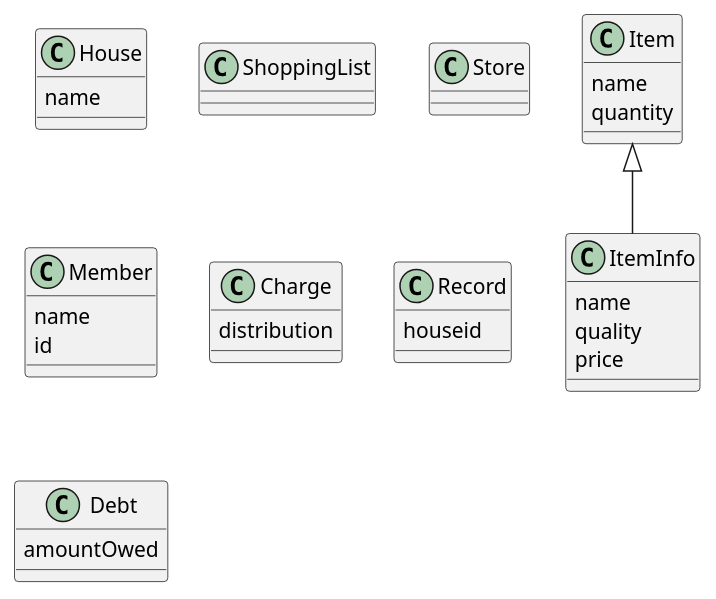
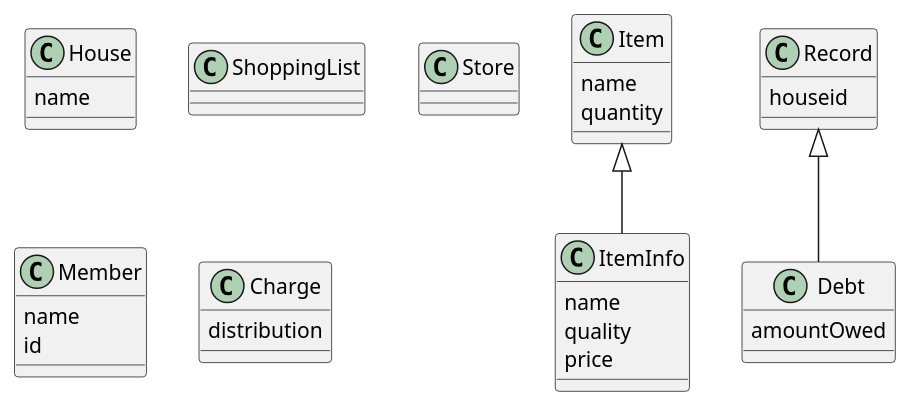
One commit to willemnielsen/House-App changed the fourth of 4 diagrams in doc/design.md. Above: the diagram before and after it, drawn with PlantUML.

Commit message:
Added Record class file to src

````diff
--- a/doc/design.md
+++ b/doc/design.md
@@ -118,37 +118,38 @@
 ```plantuml
 @startuml
 
 class House {
     name
     }
 
 class ShoppingList
 class Item {
     name
     quantity 
     }
 class ItemInfo {
     name
     quality
     price
     }
 class Store
 class Member {
     name
     id
     }
 
 class Charge {
     distribution
     }
 class Record { 
     houseid
 }
 
 class Debt{
     amountOwed
 }
 Item <|-- ItemInfo 
 
+Record <|-- Debt
 @enduml
 ```
````
